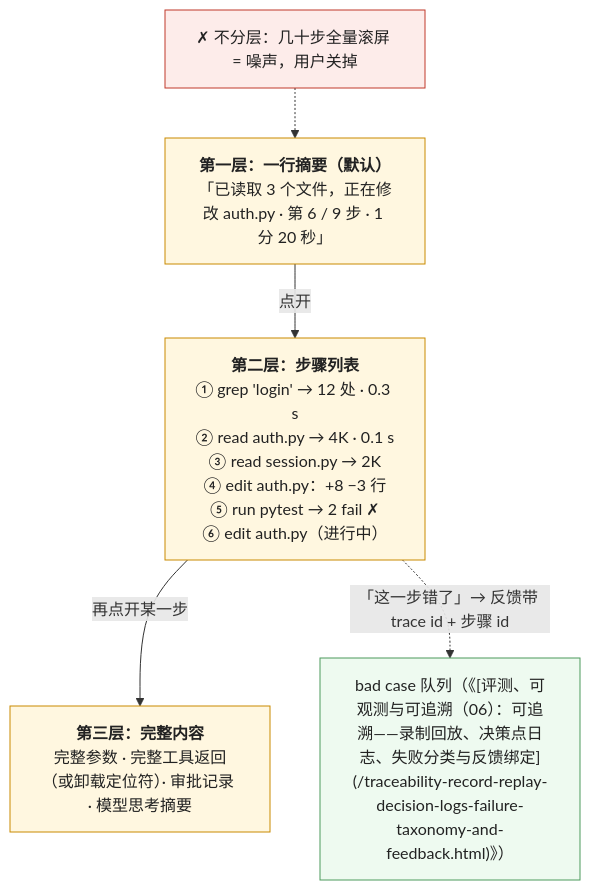
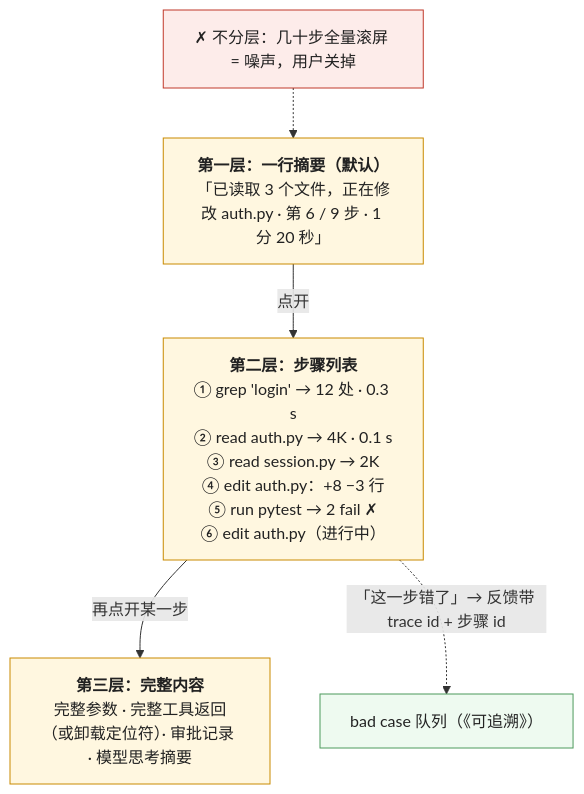
The third of 5 diagrams in _posts/2026-11-19-presenting-uncertainty-and-beyond-the-chat-box.md (arganzheng/arganzheng.github.com), drawn with Mermaid before and after one commit. The commit also changed 55 other files, not shown here.

First line of the commit message:
坐标 261 处改成文章标题，修 Mermaid 标签里显示源码的 bug

````diff
--- a/_posts/2026-11-19-presenting-uncertainty-and-beyond-the-chat-box.md
+++ b/_posts/2026-11-19-presenting-uncertainty-and-beyond-the-chat-box.md
@@ -125,15 +125,15 @@
 ```mermaid
 %% 图：agent 步骤的分层呈现——默认只有一行摘要「已读取 3 个文件，正在修改 auth.py」；点开到步骤列表（每步的工具、参数摘要、结果摘要、耗时）；再点开到完整内容（完整参数、完整返回、模型的思考摘要）；不分层的全量步骤流是噪声，用户会关掉；每一层都能从这里点「这步错了」带 trace id 反馈
 flowchart TB
     L1["<b>第一层：一行摘要（默认）</b><br/>「已读取 3 个文件，正在修改 auth.py · 第 6 / 9 步 · 1 分 20 秒」"]
     L1 -->|"点开"| L2["<b>第二层：步骤列表</b><br/>① grep 'login' → 12 处 · 0.3 s<br/>② read auth.py → 4K · 0.1 s<br/>③ read session.py → 2K<br/>④ edit auth.py：+8 −3 行<br/>⑤ run pytest → 2 fail ✗<br/>⑥ edit auth.py（进行中）"]
     L2 -->|"再点开某一步"| L3["<b>第三层：完整内容</b><br/>完整参数 · 完整工具返回（或卸载定位符）· 审批记录 · 模型思考摘要"]
-    L2 -.->|"「这一步错了」→ 反馈带 trace id + 步骤 id"| FB["bad case 队列（《[评测、可观测与可追溯（06）：可追溯——录制回放、决策点日志、失败分类与反馈绑定](/traceability-record-replay-decision-logs-failure-taxonomy-and-feedback.html)》）"]
+    L2 -.->|"「这一步错了」→ 反馈带 trace id + 步骤 id"| FB["bad case 队列（《可追溯》）"]
     X["✗ 不分层：几十步全量滚屏 = 噪声，用户关掉"] -.-> L1
     classDef l fill:#fff7e0,stroke:#c98a00,color:#222
     classDef fb fill:#eefaf0,stroke:#4d9a5c,color:#222
     classDef bad fill:#fdecea,stroke:#c0392b,color:#222
     class L1,L2,L3 l
     class FB fb
     class X bad
 ```
````
